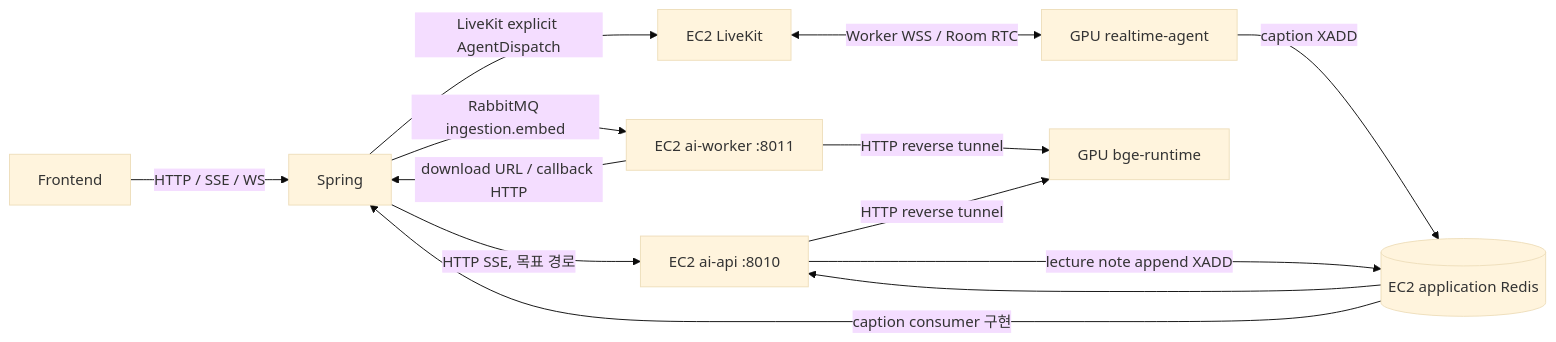
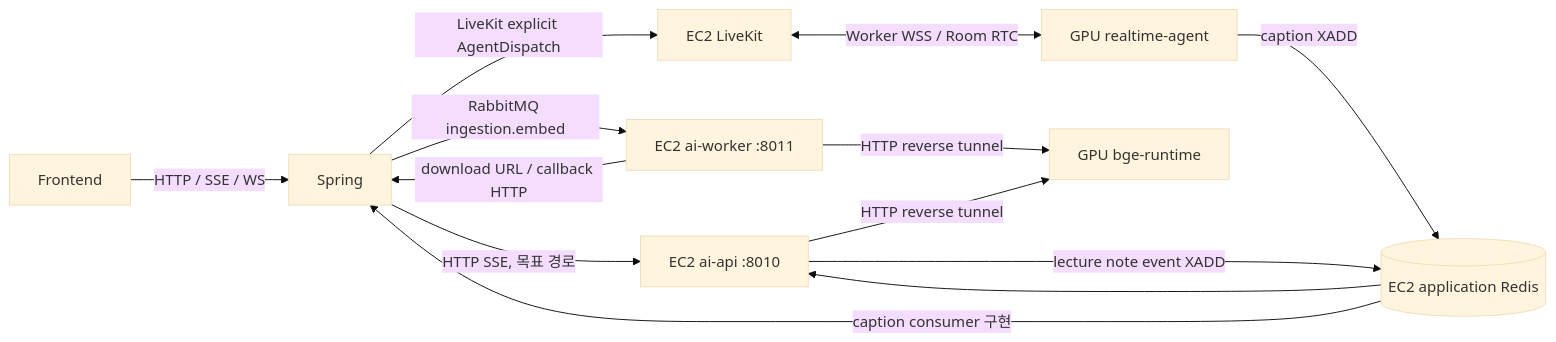
One commit to thdwjdrl401/jiphyeonjeon changed the diagram in docs/ai/CONTRACT.md. Above: the diagram before and after it, drawn with Mermaid (base theme). The commit also changed other lines of this file and 4 other files, not shown here.

````diff
--- a/docs/ai/CONTRACT.md
+++ b/docs/ai/CONTRACT.md
@@ -26,15 +26,15 @@
 ```mermaid
 flowchart LR
     FE[Frontend] -->|HTTP / SSE / WS| Spring[Spring]
     Spring -->|HTTP SSE, 목표 경로| Api[EC2 ai-api :8010]
     Spring -->|RabbitMQ ingestion.embed| Worker[EC2 ai-worker :8011]
     Worker -->|download URL / callback HTTP| Spring
     Spring -->|LiveKit explicit AgentDispatch| LiveKit[EC2 LiveKit]
     LiveKit <-->|Worker WSS / Room RTC| Agent[GPU realtime-agent]
     Agent -->|caption XADD| Redis[(EC2 application Redis)]
     Redis --> Api
-    Api -->|lecture note append XADD| Redis
+    Api -->|lecture note event XADD| Redis
     Redis -->|caption consumer 구현| Spring
     Worker -->|HTTP reverse tunnel| BGE[GPU bge-runtime]
     Api -->|HTTP reverse tunnel| BGE
 ```
````
